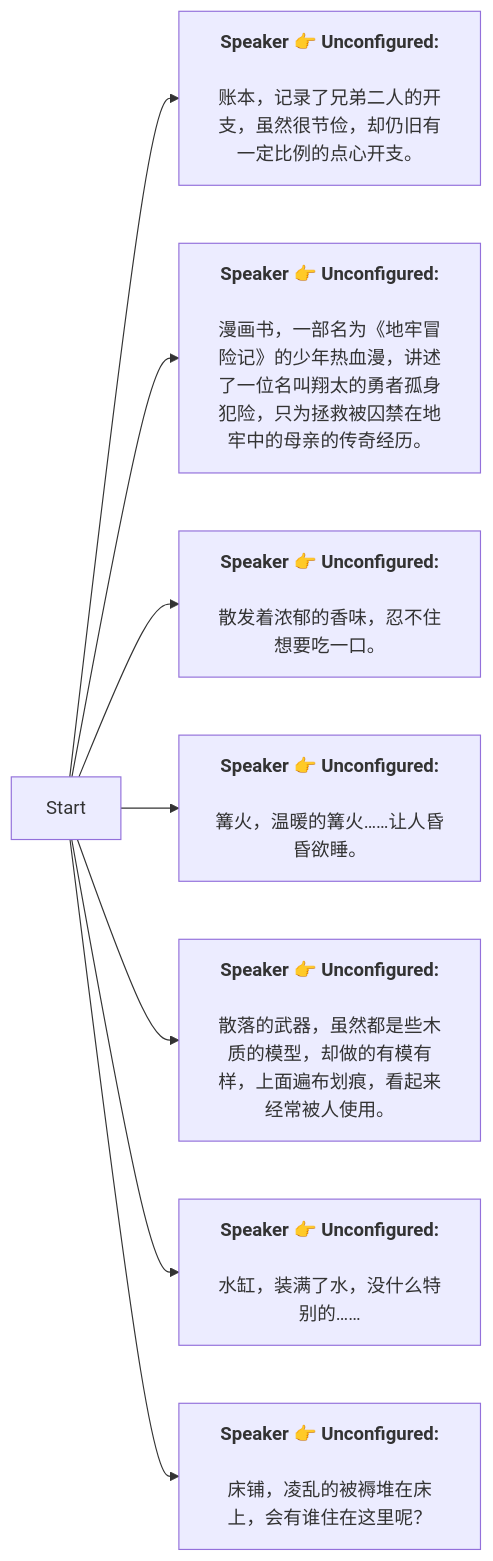
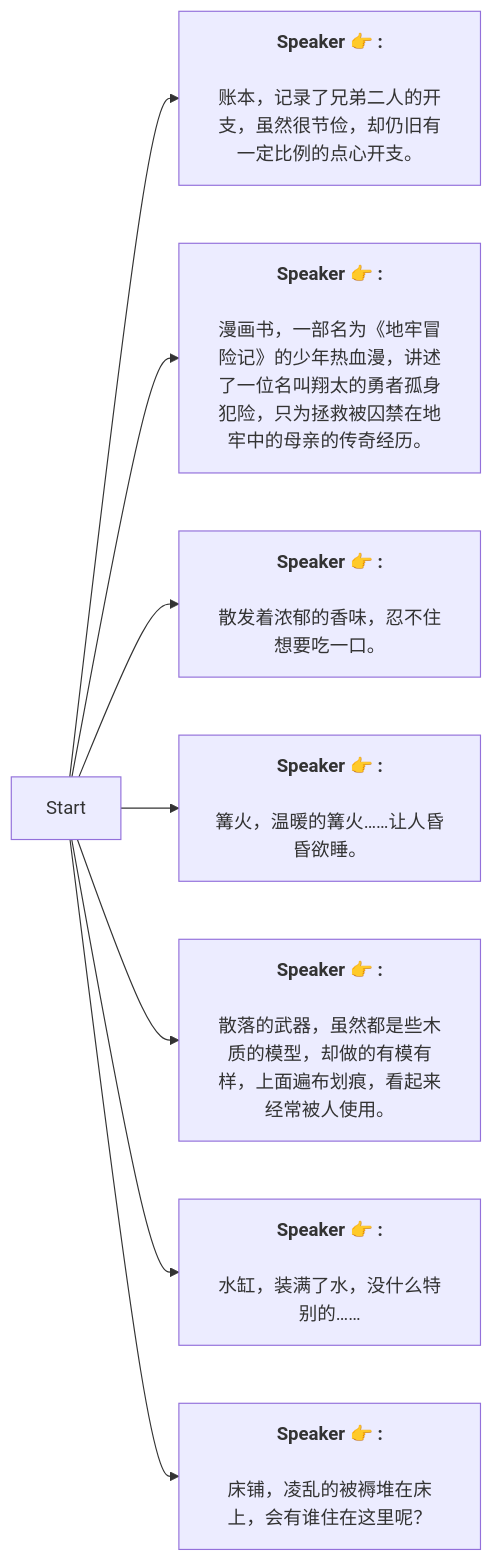
Before and after one commit to SoftHu/tos_avg: the diagram in Zh/SecretCageRead.md, drawn with Mermaid. The commit also changed 737 other files, not shown here.

````diff
--- a/Zh/SecretCageRead.md
+++ b/Zh/SecretCageRead.md
@@ -1,25 +1,18 @@
 ```mermaid
 graph LR
-Start -->1736575149749368[<b>Speaker 👉 Unconfigured:</b>
+Start -->1736575149749368[<b>Speaker 👉 :</b>
+\n账本，记录了兄弟二人的开支，虽然很节俭，却仍旧有一定比例的点心开支。]
+Start -->1736575171977338[<b>Speaker 👉 :</b>
+\n漫画书，一部名为《地牢冒险记》的少年热血漫，讲述了一位名叫翔太的勇者孤身犯险，只为拯救被囚禁在地牢中的母亲的传奇经历。]
+Start -->1736575203604604[<b>Speaker 👉 :</b>
+\n散发着浓郁的香味，忍不住想要吃一口。]
+Start -->1736575274041470[<b>Speaker 👉 :</b>
+\n篝火，温暖的篝火……让人昏昏欲睡。]
+Start -->1736575296315520[<b>Speaker 👉 :</b>
+\n散落的武器，虽然都是些木质的模型，却做的有模有样，上面遍布划痕，看起来经常被人使用。]
+Start -->1736575338122370[<b>Speaker 👉 :</b>
+\n水缸，装满了水，没什么特别的……]
+Start -->1736575358526596[<b>Speaker 👉 :</b>
+\n床铺，凌乱的被褥堆在床上，会有谁住在这里呢？]
 
-账本，记录了兄弟二人的开支，虽然很节俭，却仍旧有一定比例的点心开支。]
-Start -->1736575171977338[<b>Speaker 👉 Unconfigured:</b>
-
-漫画书，一部名为《地牢冒险记》的少年热血漫，讲述了一位名叫翔太的勇者孤身犯险，只为拯救被囚禁在地牢中的母亲的传奇经历。]
-Start -->1736575203604604[<b>Speaker 👉 Unconfigured:</b>
-
-散发着浓郁的香味，忍不住想要吃一口。]
-Start -->1736575274041470[<b>Speaker 👉 Unconfigured:</b>
-
-篝火，温暖的篝火……让人昏昏欲睡。]
-Start -->1736575296315520[<b>Speaker 👉 Unconfigured:</b>
-
-散落的武器，虽然都是些木质的模型，却做的有模有样，上面遍布划痕，看起来经常被人使用。]
-Start -->1736575338122370[<b>Speaker 👉 Unconfigured:</b>
-
-水缸，装满了水，没什么特别的……]
-Start -->1736575358526596[<b>Speaker 👉 Unconfigured:</b>
-
-床铺，凌乱的被褥堆在床上，会有谁住在这里呢？]
-
- ```
+```
````
